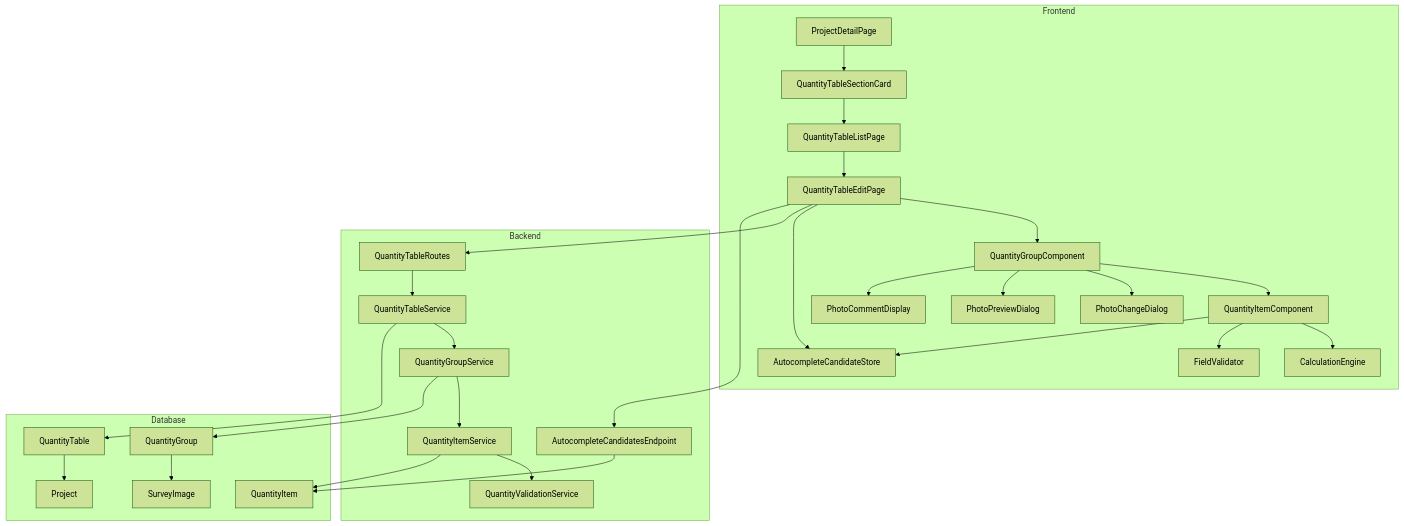
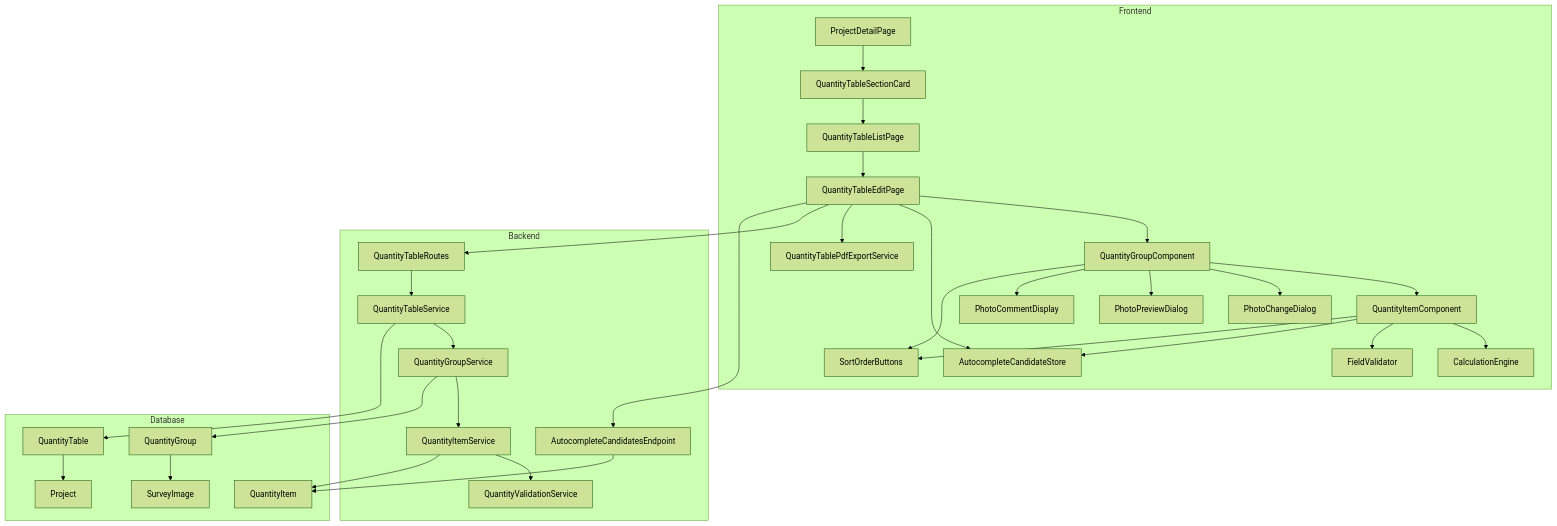
Before and after one commit to inakanou/ArchiTrack: the first of 6 diagrams in .kiro/specs/quantity-table-generation/design.md, drawn with Mermaid (forest theme). The commit also changed other lines of this file and 20 other files, not shown here.

First line of the commit message:
feat(quantity-table): グループ名変更・並び順管理・スクロールバー・PDF出力機能を追加

````diff
--- a/.kiro/specs/quantity-table-generation/design.md
+++ b/.kiro/specs/quantity-table-generation/design.md
@@ -45,62 +50,67 @@
 ```mermaid
 graph TB
     subgraph Frontend
         PDP[ProjectDetailPage]
         QTL[QuantityTableListPage]
         QTE[QuantityTableEditPage]
         QTS[QuantityTableSectionCard]
         QGC[QuantityGroupComponent]
         QIC[QuantityItemComponent]
         CE[CalculationEngine]
         FV[FieldValidator]
         ACS[AutocompleteCandidateStore]
         PCD[PhotoChangeDialog]
         PPD[PhotoPreviewDialog]
         PCC[PhotoCommentDisplay]
+        SOB[SortOrderButtons]
+        QTPDF[QuantityTablePdfExportService]
     end
 
     subgraph Backend
         QTR[QuantityTableRoutes]
         QTSV[QuantityTableService]
         QGSV[QuantityGroupService]
         QISV[QuantityItemService]
         QVS[QuantityValidationService]
         ACSV[AutocompleteCandidatesEndpoint]
     end
 
     subgraph Database
         PJ[Project]
         QT[QuantityTable]
         QG[QuantityGroup]
         QI[QuantityItem]
         SI[SurveyImage]
     end
 
     PDP --> QTS
     QTS --> QTL
     QTL --> QTE
     QTE --> QGC
     QTE --> ACS
     QGC --> QIC
     QIC --> CE
     QIC --> FV
     QIC --> ACS
 
     QGC --> PCD
     QGC --> PPD
     QGC --> PCC
+    QGC --> SOB
+    QIC --> SOB
 
+    QTE --> QTPDF
     QTE --> QTR
     QTE --> ACSV
     QTR --> QTSV
     QTSV --> QGSV
     QGSV --> QISV
     QISV --> QVS
 
     QTSV --> QT
     QGSV --> QG
     QISV --> QI
     QG --> SI
     QT --> PJ
     ACSV --> QI
 ```
````
